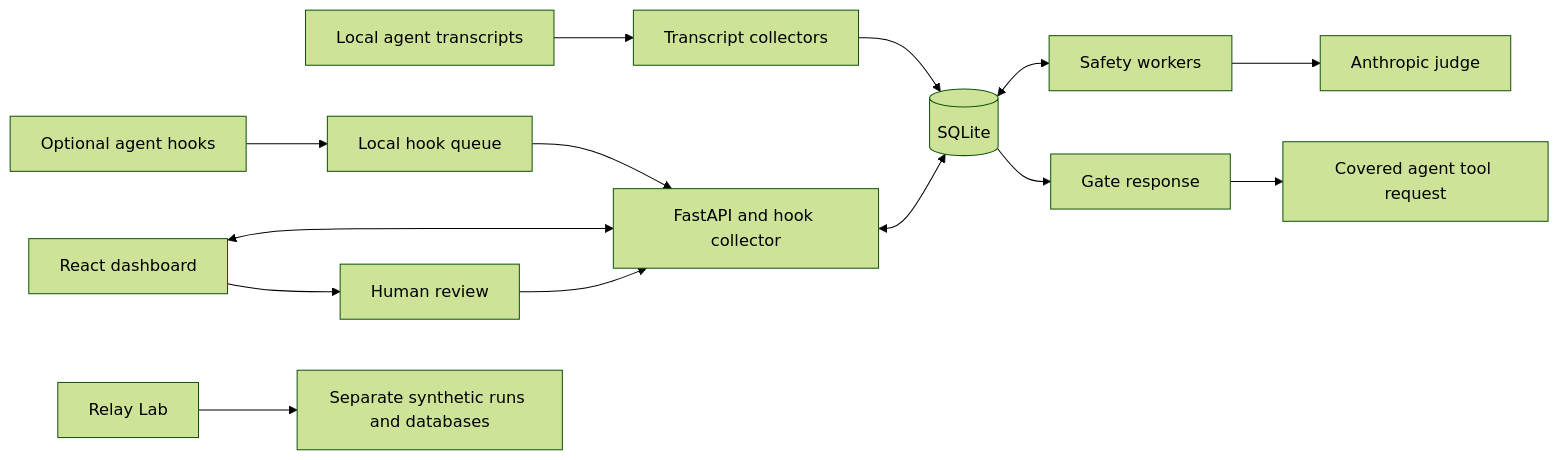
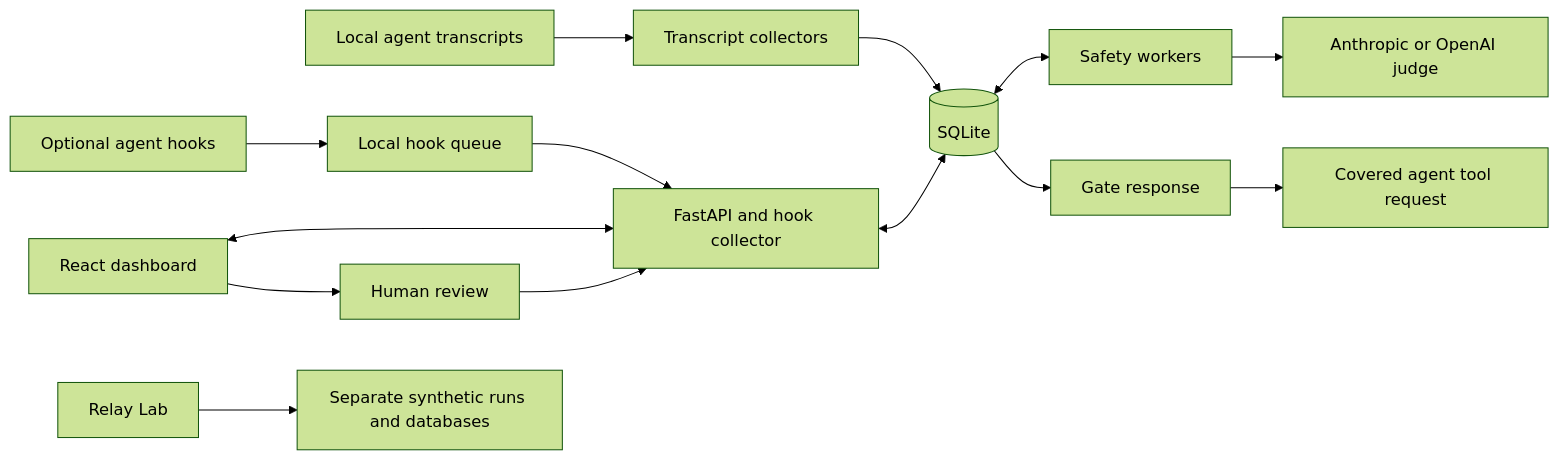
Before and after one commit to magibrush/agent-monitoring: the diagram in docs/architecture.md, drawn with Mermaid (forest theme). The commit also changed other lines of this file and 32 other files, not shown here.

Commit message:
Add optional OpenAI judge provider and document untested support

````diff
--- a/docs/architecture.md
+++ b/docs/architecture.md
@@ -7,16 +9,16 @@
 ```mermaid
 flowchart LR
     Transcripts[Local agent transcripts] --> Collectors[Transcript collectors]
     Collectors --> DB[(SQLite)]
     Hooks[Optional agent hooks] --> Queue[Local hook queue]
     Queue --> API[FastAPI and hook collector]
     API <--> DB
     UI[React dashboard] <--> API
     DB <--> Worker[Safety workers]
-    Worker --> Judge[Anthropic judge]
+    Worker --> Judge[Anthropic or OpenAI judge]
     UI --> Review[Human review]
     Review --> API
     DB --> Gate[Gate response]
     Gate --> Agent[Covered agent tool request]
     Lab[Relay Lab] --> Isolated[Separate synthetic runs and databases]
 ```
````
